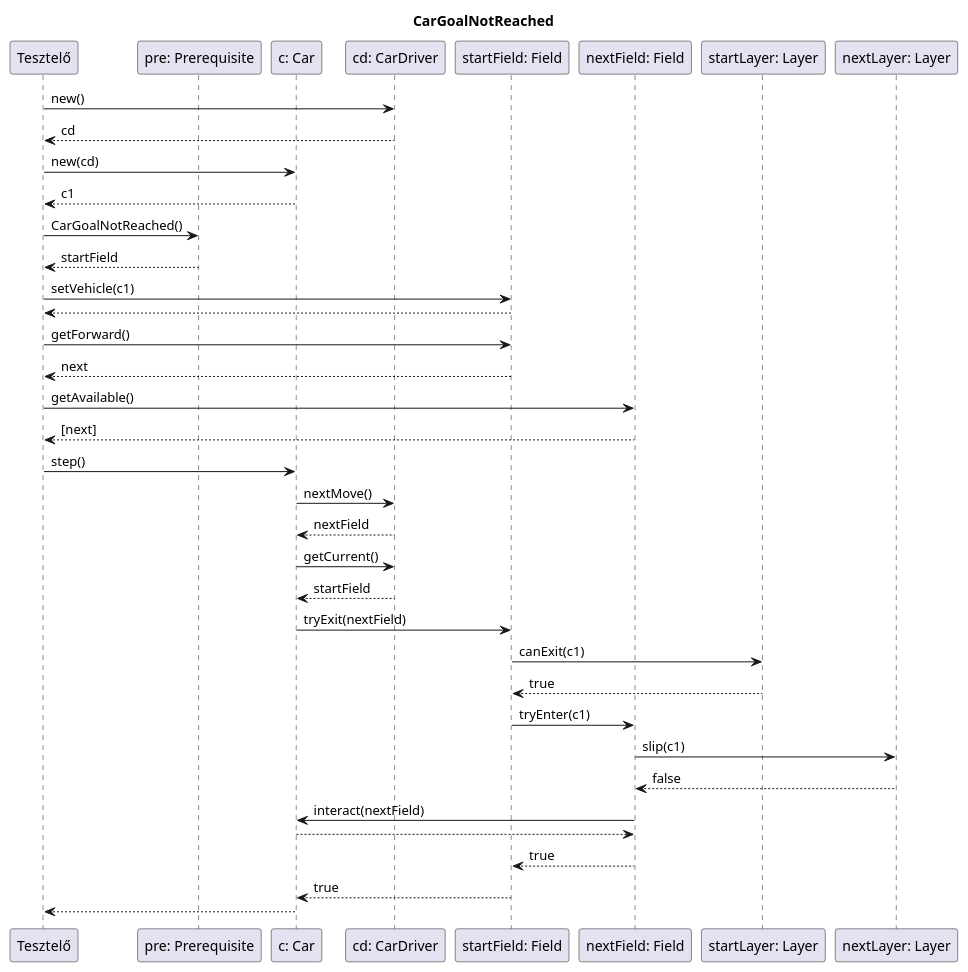
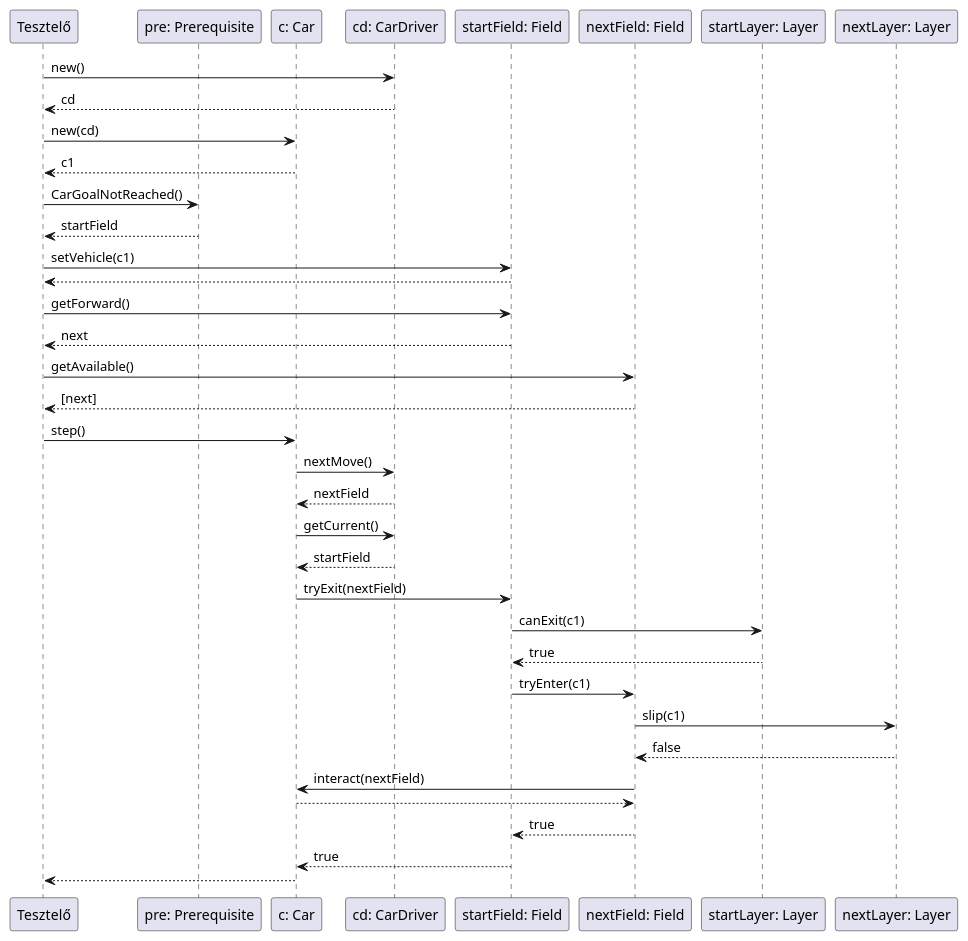
The diagram in docs/skeleton/car/CarGoalNotReached.plantuml (uhrinandor/spring), drawn with PlantUML before and after one commit. The commit also changed 10 other files, not shown here.

```diff
--- a/docs/skeleton/car/CarGoalNotReached.plantuml
+++ b/docs/skeleton/car/CarGoalNotReached.plantuml
@@ -1,69 +1,69 @@
 @startuml
 /'komm diagram: ket egymas melletti mezo, mindketton sima layer'/
 /'CarGoalNotReached'/
-title CarGoalNotReached
+
 participant "Tesztelő" as tester
 participant "pre: Prerequisite" as pre
 participant "c: Car" as c1
 participant "cd: CarDriver" as cd
 participant "startField: Field" as startField
 participant "nextField: Field" as nextField
 participant "startLayer: Layer" as startLayer
 participant "nextLayer: Layer" as nextLayer
 
 /'letrehoz egy cardrivert'/
 tester->cd:new()
 cd-->tester:cd
 
 /'letrehozza az autot a cardriverrel'/
 tester->c1:new(cd)
 c1-->tester:c1
 
 tester->pre:CarGoalNotReached()
 pre-->tester:startField
 
 /'az elso mezo beallitja az autot'/
 tester->startField: setVehicle(c1)
 startField-->tester:
 
 /'lekeri a tovabblepesi lehetoseget'/
 tester->startField: getForward()
 startField-->tester:next
 
 tester->nextField:getAvailable()
 nextField-->tester:[next]
 
 /'a tesztelo lepteti az autot'/
 tester->c1: step()
 
 /'a driver meghatarozza a kovetkezo mezot'/
 c1->cd: nextMove()
 cd-->c1: nextField
 
 /'lekerdezi az auto aktualis mezojet'/
 c1->cd: getCurrent()
 cd-->c1: startField
 
 /'auto megprobal kilepni a jelenlegi mezorol'/
 c1->startField: tryExit(nextField)
 
 /'a jelenlegi mezo retege eldonti, hogy kilephet-e'/
 startField->startLayer: canExit(c1)
 startLayer-->startField: true
 
 /'megprobal belepni a kovetkezo mezore'/
 startField->nextField: tryEnter(c1)
 
 /'a kovetkezo mezon nem csuszik meg'/
 nextField->nextLayer: slip(c1)
 nextLayer-->nextField: false
 
 /'az auto ellenorzi a mezot, de ez meg nem a celja'/
 nextField->c1: interact(nextField)
 c1-->nextField:
 
 /'sikeres belepes'/
 nextField-->startField: true
 startField-->c1: true
 c1-->tester:
 @enduml
```
